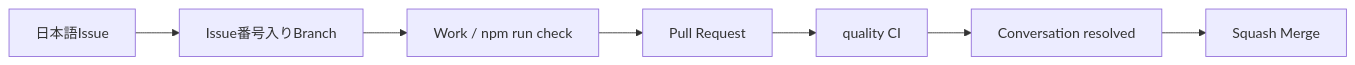
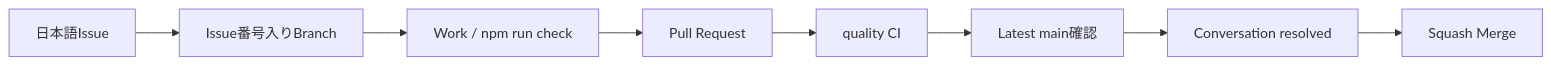
Before and after one commit to k-systems202208/nextjs-supabase-vercel-webapp-template: the fourth of 4 diagrams in docs/GITHUB-SETUP.md, drawn with Mermaid. The commit also changed other lines of this file and 5 other files, not shown here.

````diff
--- a/docs/GITHUB-SETUP.md
+++ b/docs/GITHUB-SETUP.md
@@ -108,9 +160,10 @@
 ```mermaid
 flowchart LR
     I["日本語Issue"] --> B["Issue番号入りBranch"]
     B --> W["Work / npm run check"]
     W --> P["Pull Request"]
     P --> Q["quality CI"]
-    Q --> R["Conversation resolved"]
+    Q --> U["Latest main確認"]
+    U --> R["Conversation resolved"]
     R --> M["Squash Merge"]
 ```
````
